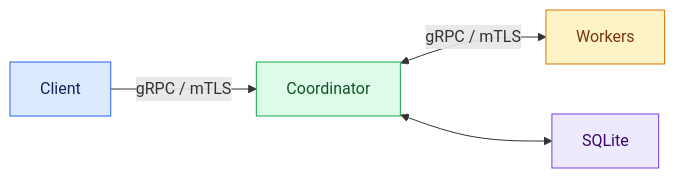
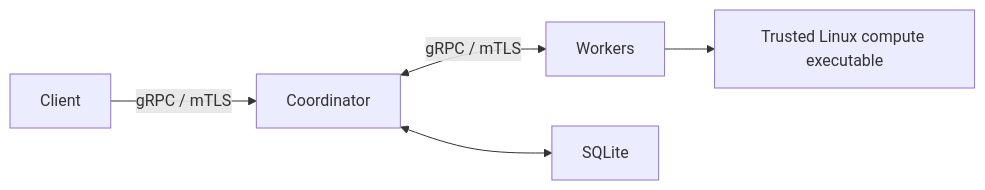
Before and after one commit to guangong789/DistributedComputeRuntime: the diagram in README.en.md, drawn with Mermaid. The commit also changed other lines of this file and 99 other files, not shown here.

````diff
--- a/README.en.md
+++ b/README.en.md
@@ -13,14 +9,7 @@
-```mermaid
+~~~mermaid
 flowchart LR
     client["Client"] -->|"gRPC / mTLS"| coordinator["Coordinator"]
     coordinator <-->|"gRPC / mTLS"| workers["Workers"]
     coordinator <--> sqlite["SQLite"]
-    classDef clientRole fill:#dbeafe,stroke:#2563eb,color:#172554
-    classDef coordinatorRole fill:#dcfce7,stroke:#16a34a,color:#14532d
-    classDef workerRole fill:#fef3c7,stroke:#d97706,color:#78350f
-    classDef storageRole fill:#ede9fe,stroke:#7c3aed,color:#3b0764
-    class client clientRole
-    class coordinator coordinatorRole
-    class workers workerRole
-    class sqlite storageRole
-```
+    workers --> compute["Trusted Linux compute executable"]
+~~~
````
